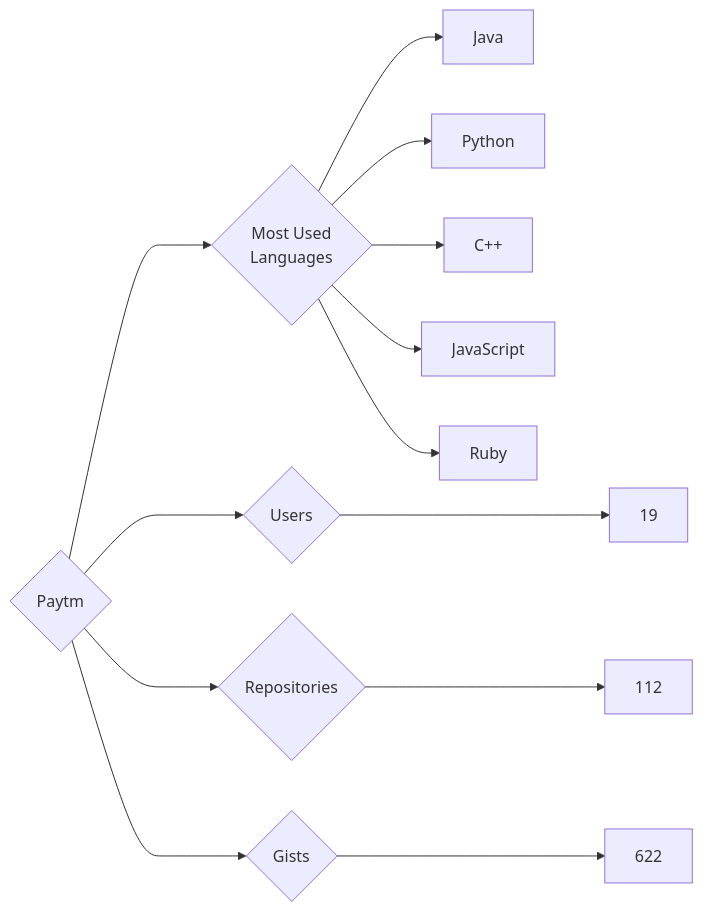
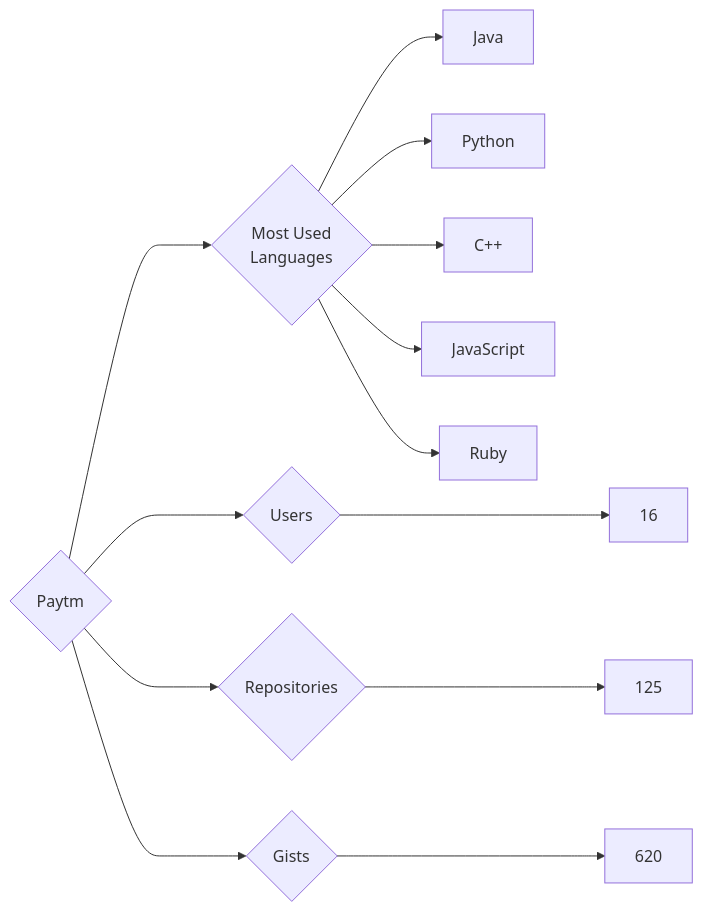
One commit to trickest/insiders changed the diagram in targets/Paytm/README.md. Above: the diagram before and after it, drawn with Mermaid. The commit also changed 1479 other files, not shown here.

````diff
--- a/targets/Paytm/README.md
+++ b/targets/Paytm/README.md
@@ -3,13 +3,13 @@
 ```mermaid
 graph LR
 COMPANY_NAME{Paytm}
-COMPANY_NAME ---> U{Users} ---> UN[19]
-COMPANY_NAME ---> R{Repositories} ---> RN[112]
-COMPANY_NAME ---> G{Gists} ---> GN[622]
+COMPANY_NAME ---> U{Users} ---> UN[16]
+COMPANY_NAME ---> R{Repositories} ---> RN[125]
+COMPANY_NAME ---> G{Gists} ---> GN[620]
 COMPANY_NAME ---> ML{Most Used<br>Languages}
 ML --> Java[Java]
 ML --> Python[Python]
 ML --> C++[C++]
 ML --> JavaScript[JavaScript]
 ML --> Ruby[Ruby]
 ```
````
